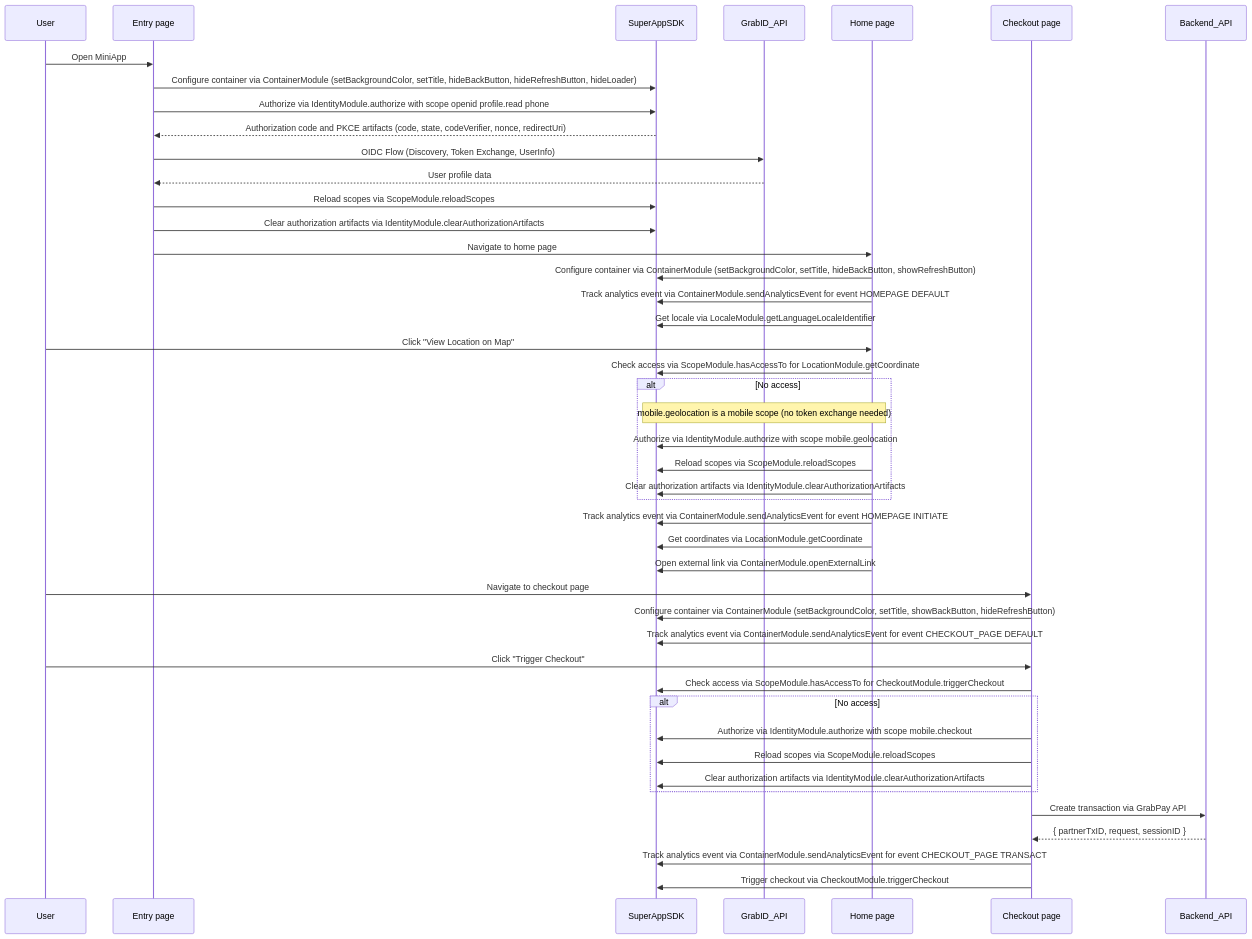
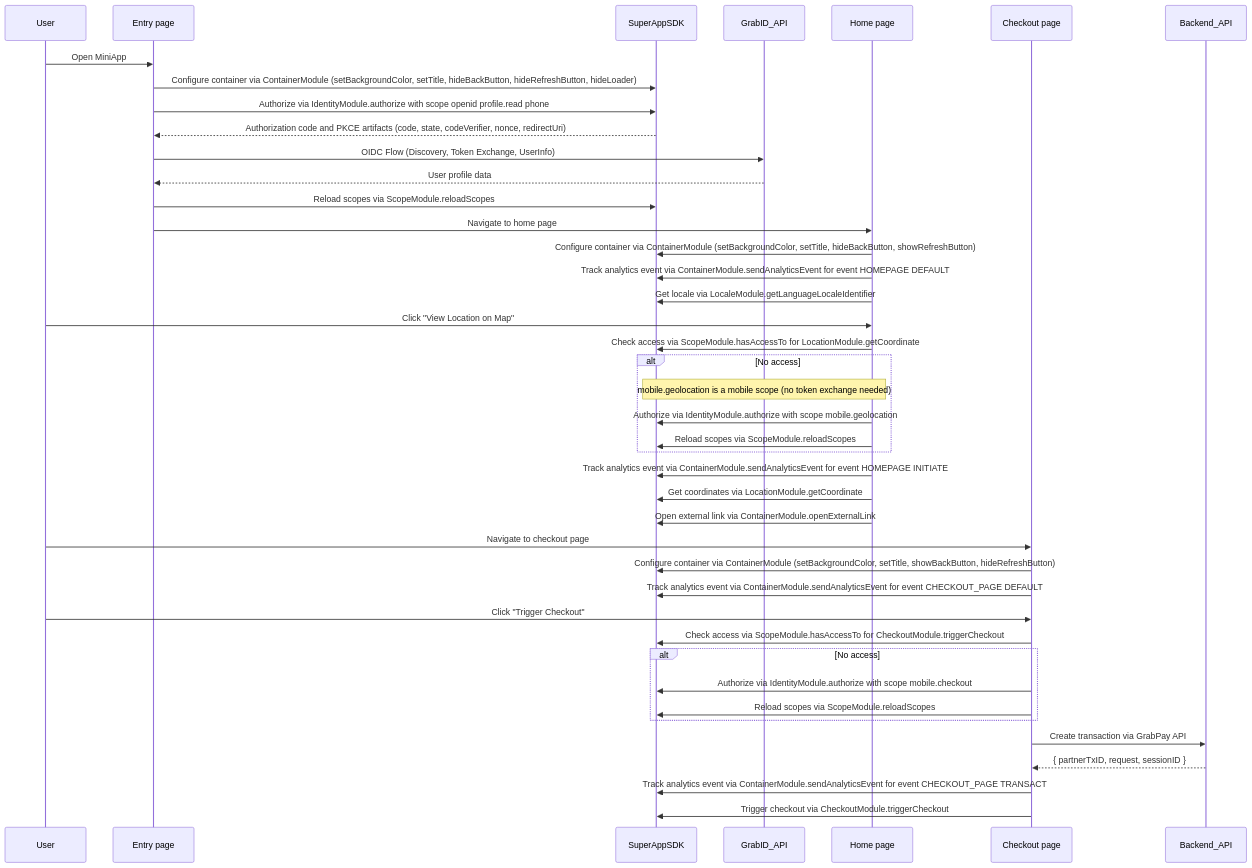
The diagram in demo/README.md (grab/superapp-sdk), drawn with Mermaid before and after one commit. The commit also changed other lines of this file and 52 other files, not shown here.

````diff
--- a/demo/README.md
+++ b/demo/README.md
@@ -75,50 +75,47 @@
 ```mermaid
 sequenceDiagram
     participant User
     participant Entry as Entry page
     participant SDK as SuperAppSDK
     participant OIDC as GrabID_API
     participant Home as Home page
     participant Checkout as Checkout page
     participant Backend as Backend_API
 
     User->>Entry: Open MiniApp
     Entry->>SDK: Configure container via ContainerModule (setBackgroundColor, setTitle, hideBackButton, hideRefreshButton, hideLoader)
     Entry->>SDK: Authorize via IdentityModule.authorize with scope openid profile.read phone
     SDK-->>Entry: Authorization code and PKCE artifacts (code, state, codeVerifier, nonce, redirectUri)
     Entry->>OIDC: OIDC Flow (Discovery, Token Exchange, UserInfo)
     OIDC-->>Entry: User profile data
     Entry->>SDK: Reload scopes via ScopeModule.reloadScopes
-    Entry->>SDK: Clear authorization artifacts via IdentityModule.clearAuthorizationArtifacts
     Entry->>Home: Navigate to home page
 
     Home->>SDK: Configure container via ContainerModule (setBackgroundColor, setTitle, hideBackButton, showRefreshButton)
     Home->>SDK: Track analytics event via ContainerModule.sendAnalyticsEvent for event HOMEPAGE DEFAULT
     Home->>SDK: Get locale via LocaleModule.getLanguageLocaleIdentifier
     User->>Home: Click "View Location on Map"
     Home->>SDK: Check access via ScopeModule.hasAccessTo for LocationModule.getCoordinate
     alt No access
         Note over Home,SDK: mobile.geolocation is a mobile scope (no token exchange needed)
         Home->>SDK: Authorize via IdentityModule.authorize with scope mobile.geolocation
         Home->>SDK: Reload scopes via ScopeModule.reloadScopes
-        Home->>SDK: Clear authorization artifacts via IdentityModule.clearAuthorizationArtifacts
     end
     Home->>SDK: Track analytics event via ContainerModule.sendAnalyticsEvent for event HOMEPAGE INITIATE
     Home->>SDK: Get coordinates via LocationModule.getCoordinate
     Home->>SDK: Open external link via ContainerModule.openExternalLink
 
     User->>Checkout: Navigate to checkout page
     Checkout->>SDK: Configure container via ContainerModule (setBackgroundColor, setTitle, showBackButton, hideRefreshButton)
     Checkout->>SDK: Track analytics event via ContainerModule.sendAnalyticsEvent for event CHECKOUT_PAGE DEFAULT
     User->>Checkout: Click "Trigger Checkout"
     Checkout->>SDK: Check access via ScopeModule.hasAccessTo for CheckoutModule.triggerCheckout
     alt No access
         Checkout->>SDK: Authorize via IdentityModule.authorize with scope mobile.checkout
         Checkout->>SDK: Reload scopes via ScopeModule.reloadScopes
-        Checkout->>SDK: Clear authorization artifacts via IdentityModule.clearAuthorizationArtifacts
     end
     Checkout->>Backend: Create transaction via GrabPay API
     Backend-->>Checkout: { partnerTxID, request, sessionID }
     Checkout->>SDK: Track analytics event via ContainerModule.sendAnalyticsEvent for event CHECKOUT_PAGE TRANSACT
     Checkout->>SDK: Trigger checkout via CheckoutModule.triggerCheckout
 ```
````
